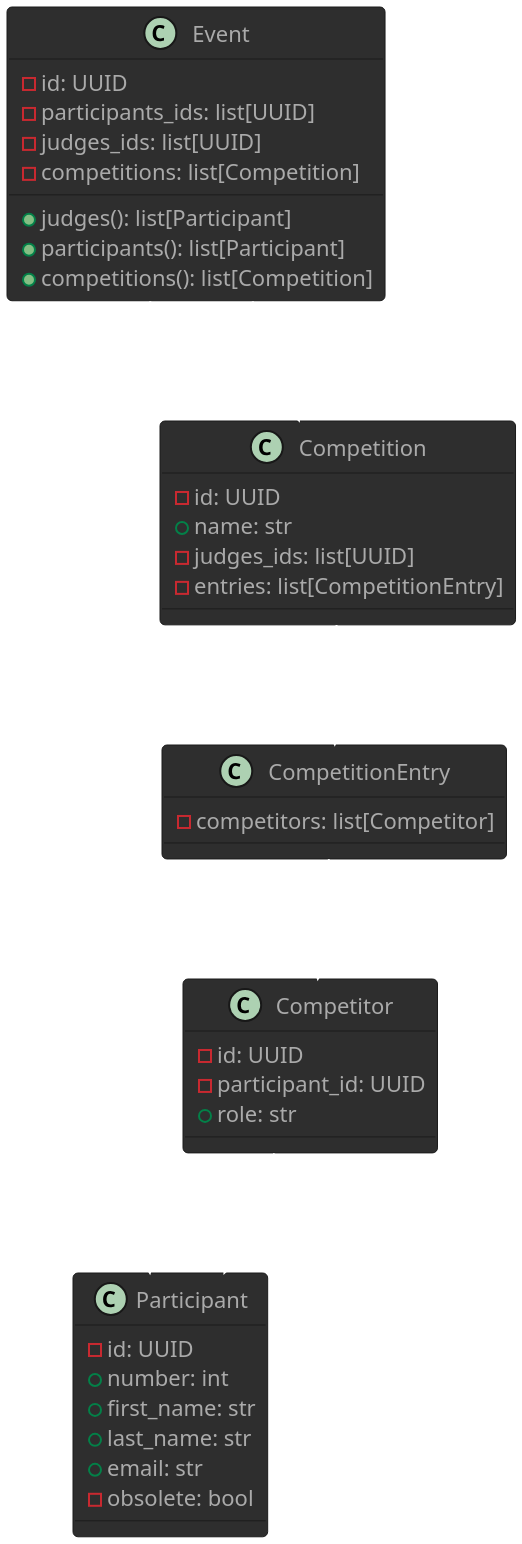
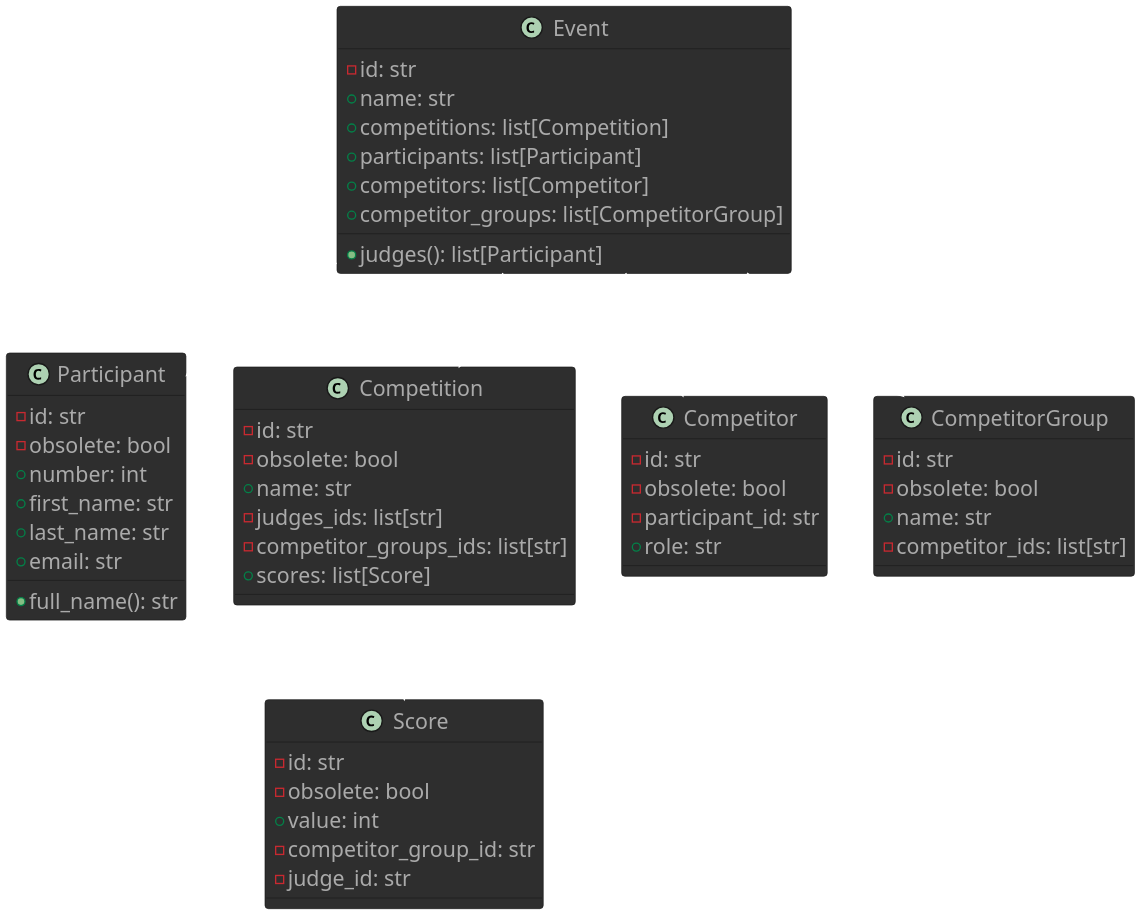
Before and after one commit to placerte/skating-system: the diagram in diagrams.md, drawn with PlantUML. The commit also changed other lines of this file and 1 other file, not shown here.

````diff
--- a/diagrams.md
+++ b/diagrams.md
@@ -5,51 +5,67 @@
 ```plantuml
 @startuml
   !theme reddress-darkgreen
   skinparam backgroundcolor transparent
-  skinparam dpi 300
+  skinparam dpi 200
+  skinparam defaultFontSize 16
+
 
   class Event {
-    -id: UUID
-    -participants_ids: list[UUID]
-    -judges_ids: list[UUID]
-    -competitions: list[Competition]
+    -id: str
+    +name: str
+    +competitions: list[Competition]
+    +participants: list[Participant]
+    +competitors: list[Competitor]
+    +competitor_groups: list[CompetitorGroup]
     +judges(): list[Participant]
-    +participants(): list[Participant]
-    +competitions(): list[Competition]
   }
 
   class Participant {
-    -id: UUID
+    -id: str
+    -obsolete: bool
     +number: int
     +first_name: str
     +last_name: str
     +email: str
-    -obsolete: bool
+    +full_name(): str
   }
 
   class Competition {
-    -id: UUID
+    -id: str
+    -obsolete: bool
     +name: str
-    -judges_ids: list[UUID]
-    -entries: list[CompetitionEntry]
+    -judges_ids: list[str]
+    -competitor_groups_ids: list[str]
+    +scores: list[Score]
+  }
+
+  class Score {
+    -id: str
+    -obsolete: bool
+    +value: int
+    -competitor_group_id: str
+    -judge_id: str
   }
 
   class Competitor {
-    -id: UUID
-    -participant_id: UUID
+    -id: str
+    -obsolete: bool
+    -participant_id: str
     +role: str
   }
 
-  class CompetitionEntry {
-    -competitors: list[Competitor]
-
+  class CompetitorGroup {
+    -id: str
+    -obsolete: bool
+    +name: str
+    -competitor_ids: list[str]
   }
 
   Event --> Participant
   Event --> Competition
-  Competition --> CompetitionEntry
-  CompetitionEntry --> Competitor
-  Competitor --> Participant
+  Event --> CompetitorGroup
+  Event --> Competitor
+  Competition --> Score
 
 @enduml
 ```
````
